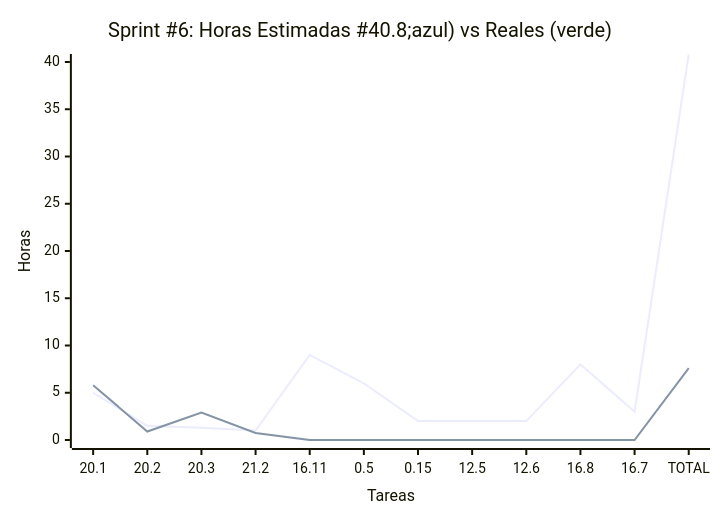
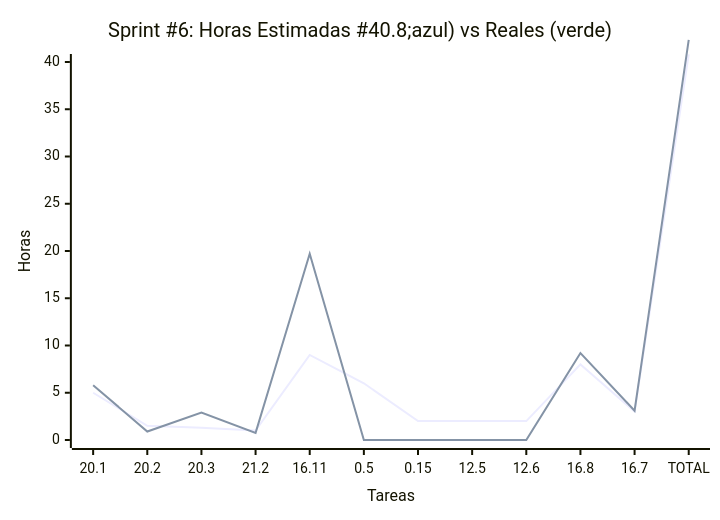
Before and after one commit to MarkMed/FleetMan: the sixth of 6 diagrams in docs/SprintsPlanning.md, drawn with Mermaid. The commit also changed other lines of this file, not shown here.

````diff
--- a/docs/SprintsPlanning.md
+++ b/docs/SprintsPlanning.md
@@ -263,12 +263,12 @@
 ```mermaid
 xychart-beta
     title "Sprint #6: Horas Estimadas #40.8;azul#41; vs Reales #40;verde#41;"
     x-axis "Tareas" ["20.1", "20.2", "20.3", "21.2", "16.11", "0.5", "0.15", "12.5", "12.6", "16.8", "16.7", "TOTAL"]
     y-axis "Horas" 0 --> 40
     
     %% Green line (estimadas)
     line [5, 1.5, 1.3, 1, 9, 6, 2, 2, 2, 8, 3, 40.8]
 
     %% Black line (reales)
-    line [5.8, 0.9, 2.9, 0.75, 0, 0, 0, 0, 0, 0, 0, 7.6]
+    line [5.8, 0.9, 2.9, 0.75, 19.7, 0, 0, 0, 0, 9.2, 3.1, 42.35]
 ```
````
